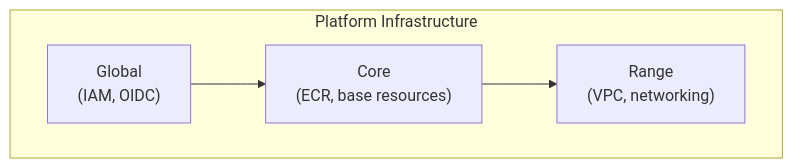
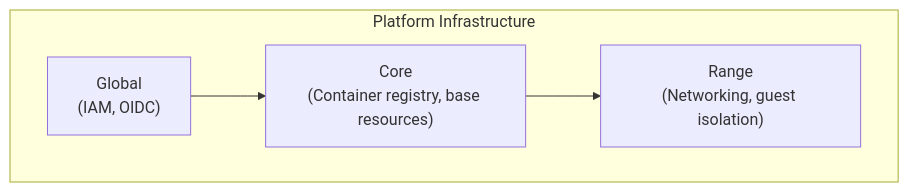
One commit to PaloAltoNetworks/shifter changed the first of 3 diagrams in shifter/shifter_platform/documentation/docs/technical/architecture.md. Above: the diagram before and after it, drawn with Mermaid. The commit also changed other lines of this file and 72 other files, not shown here.

````diff
--- a/shifter/shifter_platform/documentation/docs/technical/architecture.md
+++ b/shifter/shifter_platform/documentation/docs/technical/architecture.md
@@ -9,11 +9,11 @@
 ```mermaid
 graph TB
     subgraph Platform["Platform Infrastructure"]
         Global["Global<br/>(IAM, OIDC)"]
-        Core["Core<br/>(ECR, base resources)"]
-        Range["Range<br/>(VPC, networking)"]
+        Core["Core<br/>(Container registry, base resources)"]
+        Range["Range<br/>(Networking, guest isolation)"]
     end
 
     Global --> Core
     Core --> Range
 ```
````
